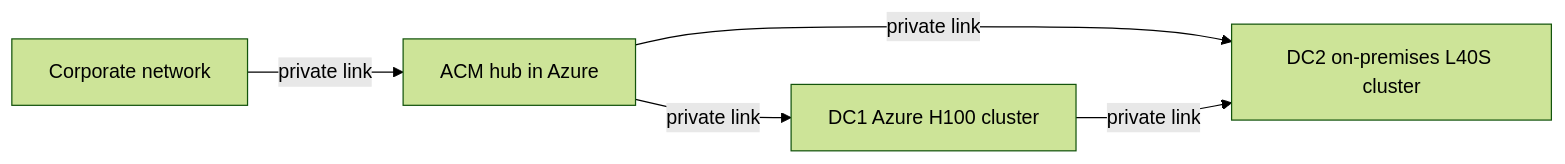
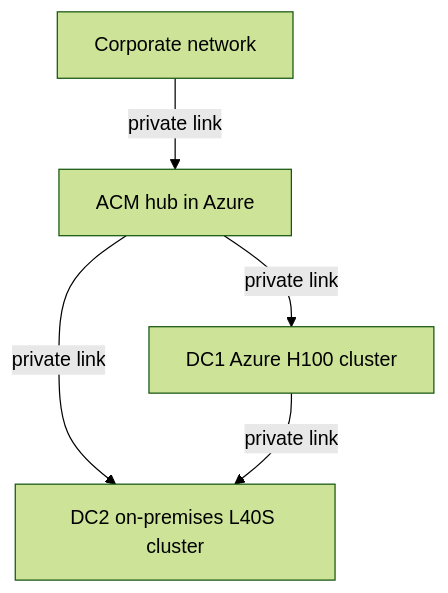
The first of 2 diagrams in docs/executive/executive-summary.md (chrismulderza/rhoai-multihub-architecture), drawn with Mermaid (forest theme) before and after one commit. The commit also changed 10 other files, not shown here.

````diff
--- a/docs/executive/executive-summary.md
+++ b/docs/executive/executive-summary.md
@@ -7,11 +7,11 @@
 ```mermaid
-flowchart LR
+flowchart TD
   corp["Corporate network"]
   hub["ACM hub in Azure"]
   dc1["DC1 Azure H100 cluster"]
   dc2["DC2 on-premises L40S cluster"]
   corp -->|"private link"| hub
   hub -->|"private link"| dc1
   hub -->|"private link"| dc2
   dc1 -->|"private link"| dc2
 ```
````
